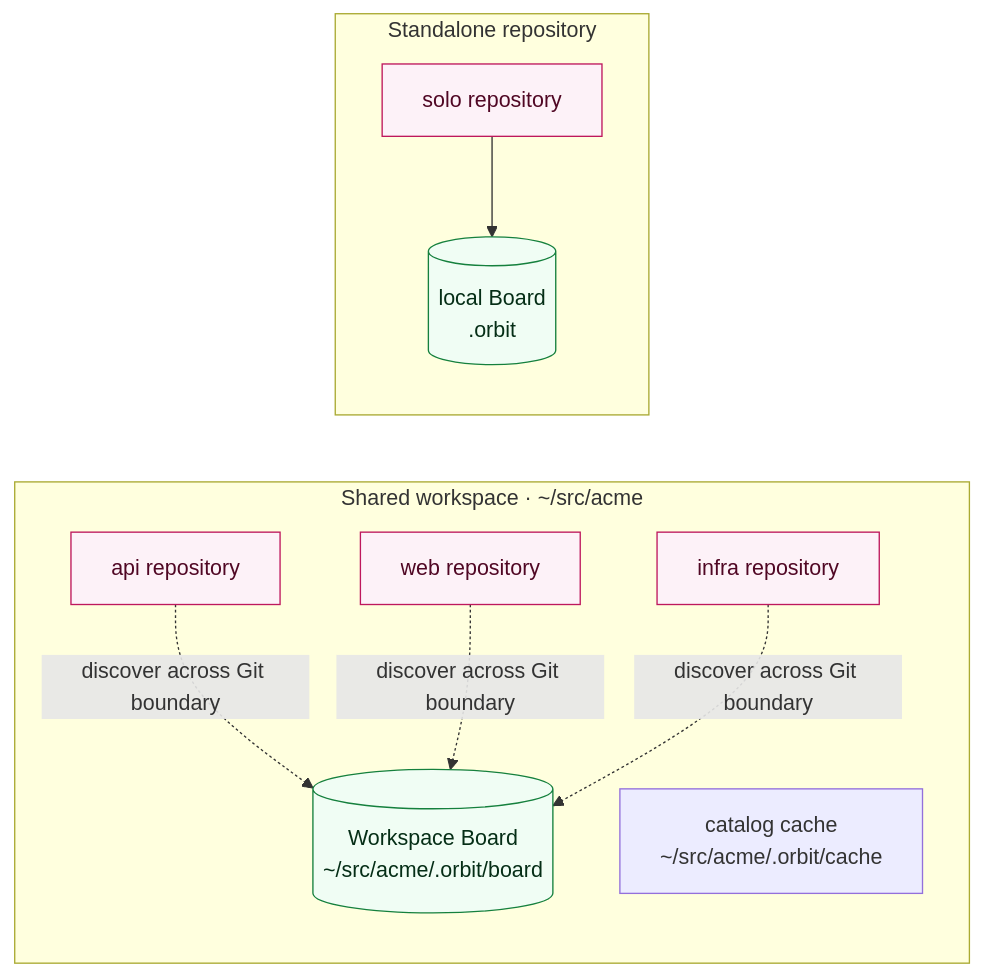
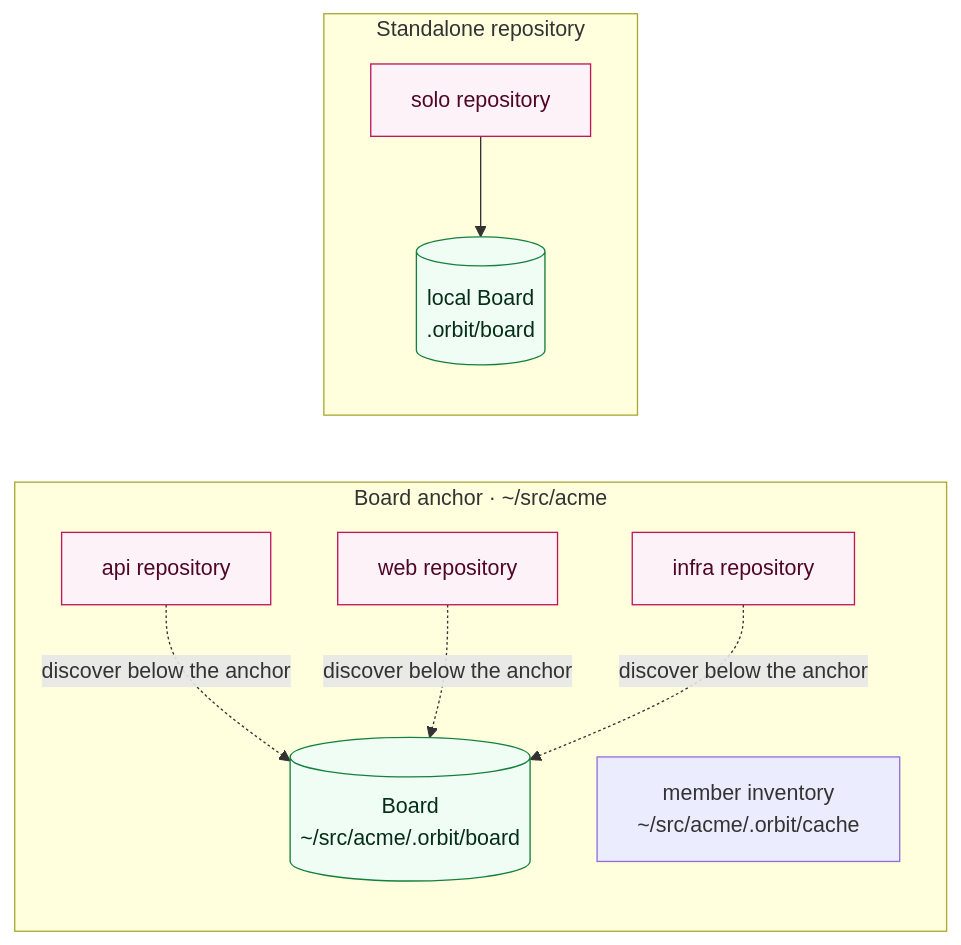
One commit to rcmendes/orbit changed the sixth of 6 diagrams in README.md. Above: the diagram before and after it, drawn with Mermaid. The commit also changed other lines of this file and 10 other files, not shown here.

Commit message:
docs+fix: member-Repository docs, repo-command strings, github repo availability on anchor Boards

````diff
--- a/README.md
+++ b/README.md
@@ -609,25 +602,25 @@
 ```mermaid
 flowchart LR
-    subgraph Workspace["Shared workspace · ~/src/acme"]
-        BOARD[("Workspace Board<br/>~/src/acme/.orbit/board")]
-        CACHE["catalog cache<br/>~/src/acme/.orbit/cache"]
+    subgraph Anchor["Board anchor · ~/src/acme"]
+        BOARD[("Board<br/>~/src/acme/.orbit/board")]
+        CACHE["member inventory<br/>~/src/acme/.orbit/cache"]
         API["api repository"]
         WEB["web repository"]
         INFRA["infra repository"]
     end
 
     subgraph Standalone["Standalone repository"]
         SOLO["solo repository"]
-        LOCAL[("local Board<br/>.orbit")]
+        LOCAL[("local Board<br/>.orbit/board")]
     end
 
-    API -.->|discover across Git boundary| BOARD
-    WEB -.->|discover across Git boundary| BOARD
-    INFRA -.->|discover across Git boundary| BOARD
+    API -.->|discover below the anchor| BOARD
+    WEB -.->|discover below the anchor| BOARD
+    INFRA -.->|discover below the anchor| BOARD
     SOLO --> LOCAL
 
     classDef board fill:#f0fdf4,stroke:#15803d,color:#052e16
     classDef repo fill:#fdf2f8,stroke:#be185d,color:#500724
     class BOARD,LOCAL board
     class API,WEB,INFRA,SOLO repo
 ```
````
